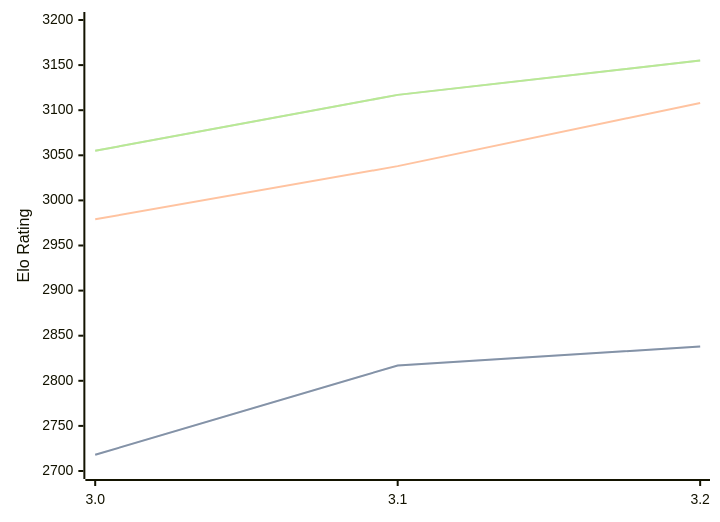
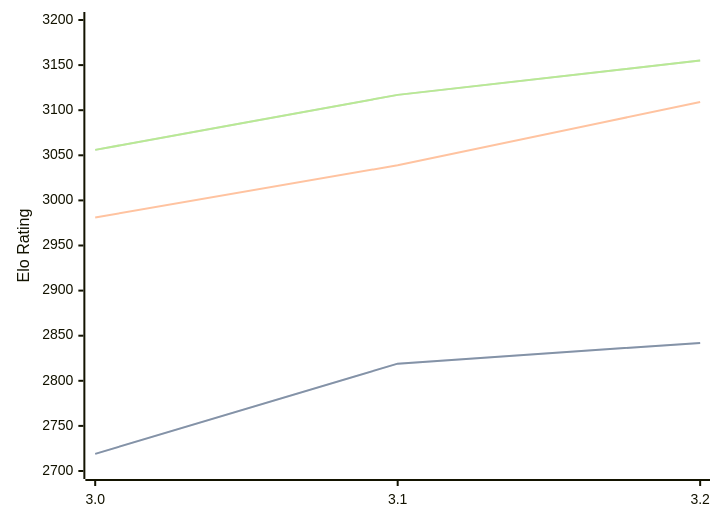
One commit to computer-chess-index/cci changed the third of 3 diagrams in engines/Vajolet2.md. Above: the diagram before and after it, drawn with Mermaid. The commit also changed other lines of this file, not shown here.

Commit message:
Update CCI Ratings (ELO VLTC) - 2026-06-30

````diff
--- a/engines/Vajolet2.md
+++ b/engines/Vajolet2.md
@@ -74,11 +74,11 @@
 ```mermaid
 %%{init: {"theme":"base","themeVariables":{"seriesColors:['#a3a3a3','#222221','#faa371']}}}%%
 xychart-beta
   x-axis ["3.0", "3.1", "3.2"]
   y-axis "Elo Rating" 2700 --> 3200
-  line "STC (8.0+0.08s)" [2718, 2817, 2838]
-  line "STC (8.0+0.08s)" [2718, 2817, 2838]
-  line "LTC (60.0+0.60s)" [2979, 3038, 3108]
-  line "VLTC (2m24s+1.12s)" [3055, 3117, 3155]
-  line "VLTC (2m24s+1.12s)" [3055, 3117, 3155]
+  line "STC (8.0+0.08s)" [2719, 2819, 2842]
+  line "STC (8.0+0.08s)" [2719, 2819, 2842]
+  line "LTC (60.0+0.60s)" [2981, 3039, 3109]
+  line "VLTC (2m24s+1.12s)" [3056, 3117, 3155]
+  line "VLTC (2m24s+1.12s)" [3056, 3117, 3155]
 ```
````
